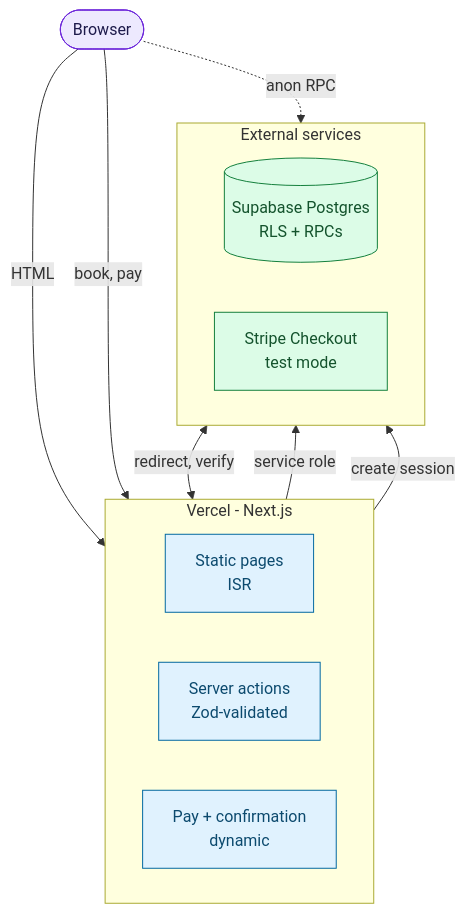
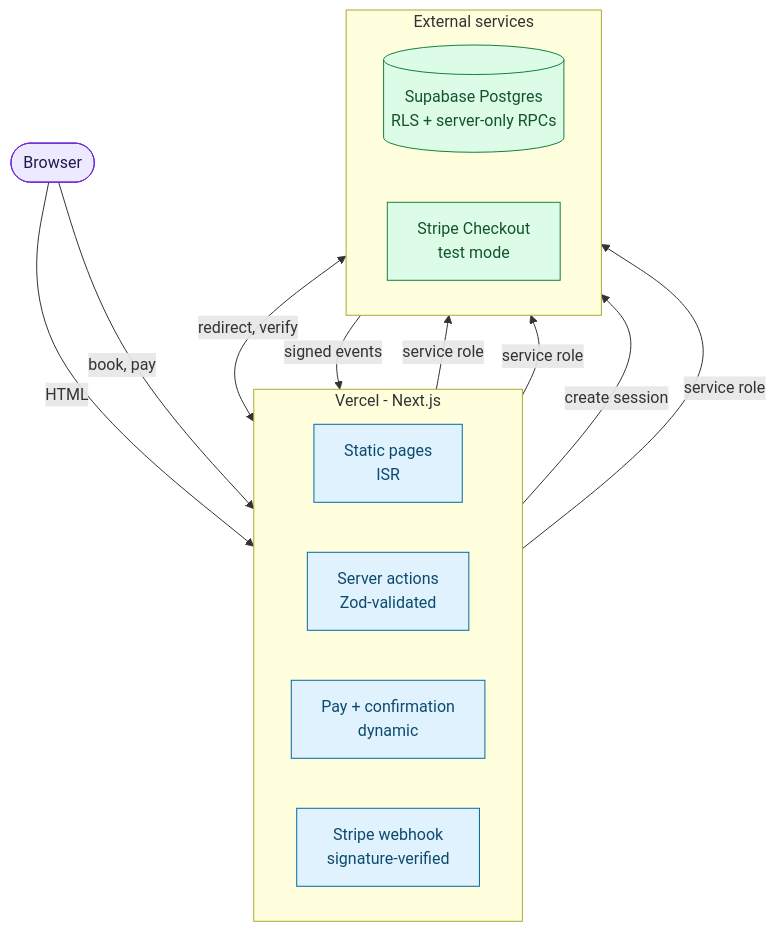
The diagram in README.md (StanislavMakhnytskyi/justhairs), drawn with Mermaid before and after one commit. The commit also changed other lines of this file, not shown here.

````diff
--- a/README.md
+++ b/README.md
@@ -22,31 +64,34 @@
 ```mermaid
 flowchart TB
   B([Browser])
 
   subgraph V[Vercel - Next.js]
     direction LR
     P[Static pages<br/>ISR]
     A[Server actions<br/>Zod-validated]
     C[Pay + confirmation<br/>dynamic]
+    W[Stripe webhook<br/>signature-verified]
   end
 
   subgraph X[External services]
     direction LR
-    D[(Supabase Postgres<br/>RLS + RPCs)]
+    D[(Supabase Postgres<br/>RLS + server-only RPCs)]
     S[Stripe Checkout<br/>test mode]
   end
 
   B -->|HTML| P
   B -->|book, pay| A
-  B -.->|anon RPC| D
   A -->|service role| D
+  C -->|service role| D
   A -->|create session| S
   S <-->|redirect, verify| C
+  S -->|signed events| W
+  W -->|service role| D
 
   classDef client fill:#ede9fe,stroke:#6d28d9,color:#1e1b4b
   classDef app fill:#e0f2fe,stroke:#0369a1,color:#0c4a6e
   classDef ext fill:#dcfce7,stroke:#15803d,color:#14532d
   class B client
-  class P,A,C app
+  class P,A,C,W app
   class D,S ext
 ```
````
